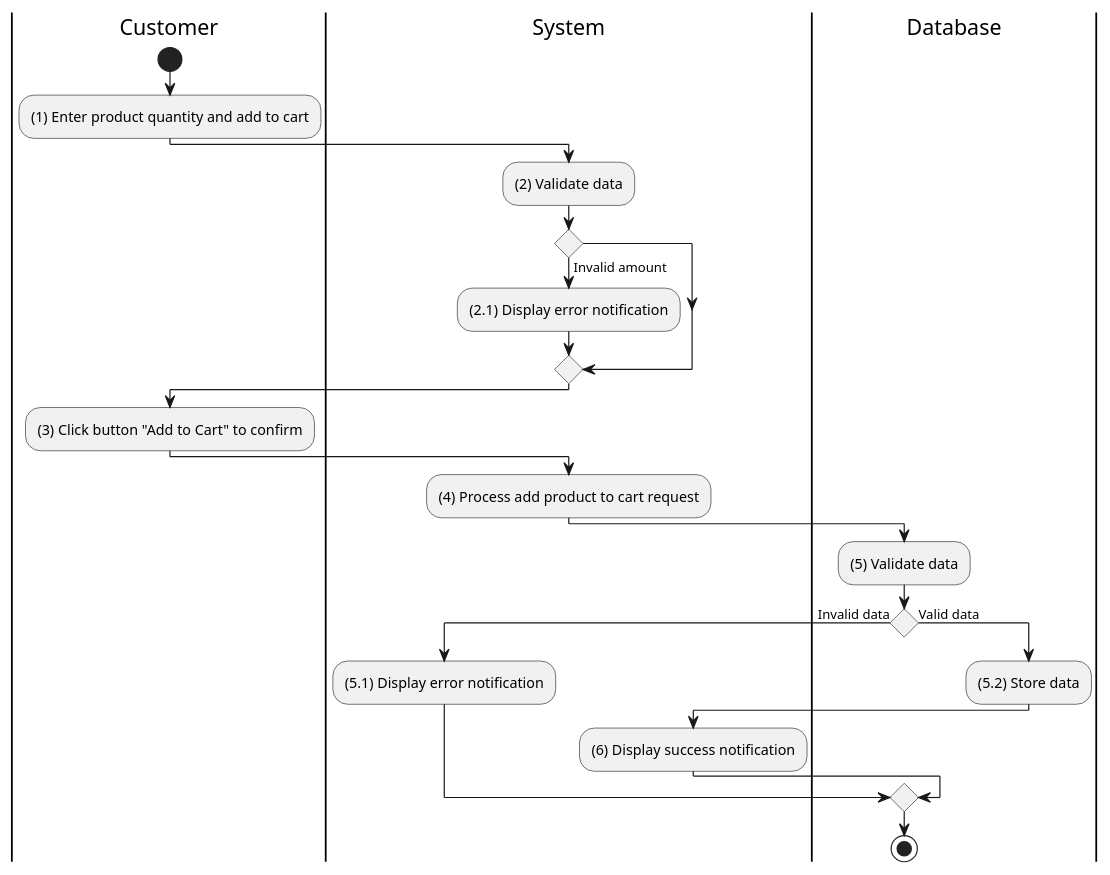
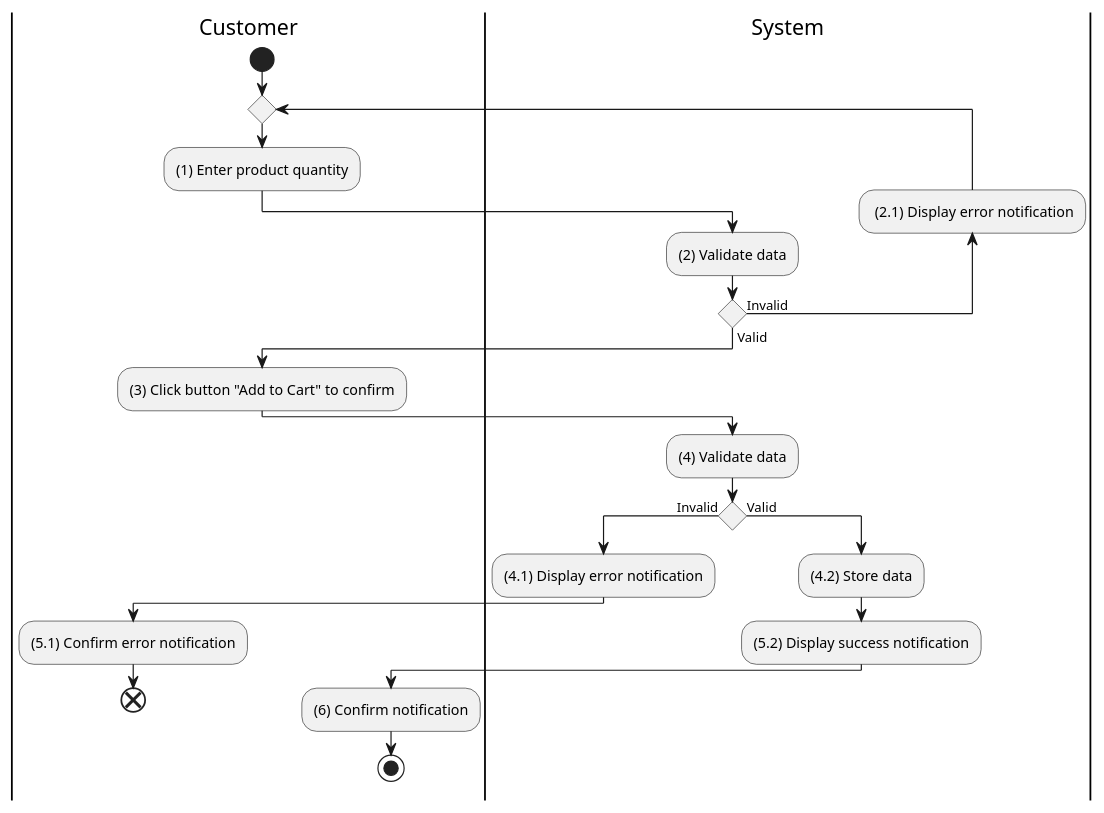
The diagram in docs/software-docs/activity/view-product/add-product-to-cart.md (electricilies/electricilies.github.io), drawn with PlantUML before and after one commit. The commit also changed 47 other files, not shown here.

````diff
--- a/docs/software-docs/activity/view-product/add-product-to-cart.md
+++ b/docs/software-docs/activity/view-product/add-product-to-cart.md
@@ -3,34 +3,32 @@
 ```plantuml
 @startuml
 |C|Customer
 |S|System
-|D|Database
 
 |C|
 start
-:(1) Enter product quantity and add to cart;
-|S|
-:(2) Validate data;
-if () then (Invalid amount)
-  :(2.1) Display error notification;
-endif
+repeat
+  :(1) Enter product quantity;
+  |S|
+  :(2) Validate data;
+backward: (2.1) Display error notification;
+repeat while () is (Invalid) not (Valid)
 |C|
 :(3) Click button "Add to Cart" to confirm;
 |S|
-:(4) Process add product to cart request;
-|D|
-:(5) Validate data;
-if () then (Invalid data)
+:(4) Validate data;
+if () then (Invalid)
+  :(4.1) Display error notification;
+  |C|
+  :(5.1) Confirm error notification;
+  end
+else (Valid)
   |S|
-  :(5.1) Display error notification;
-else (Valid data)
-  |D|
-  :(5.2) Store data;
-  |S|
-  :(6) Display success notification;
+  :(4.2) Store data;
+  :(5.2) Display success notification;
+  |C|
+  :(6) Confirm notification;
+  stop
 endif
-|D|
-stop
-
 @enduml
 ```
````
